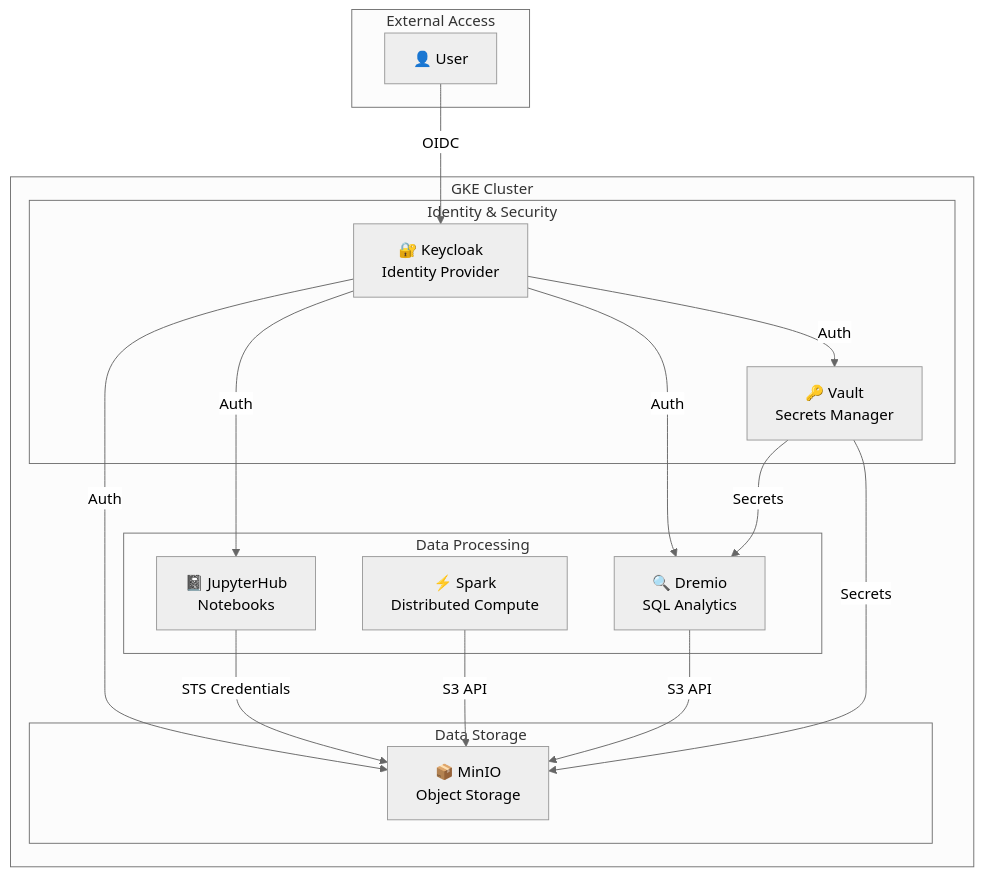
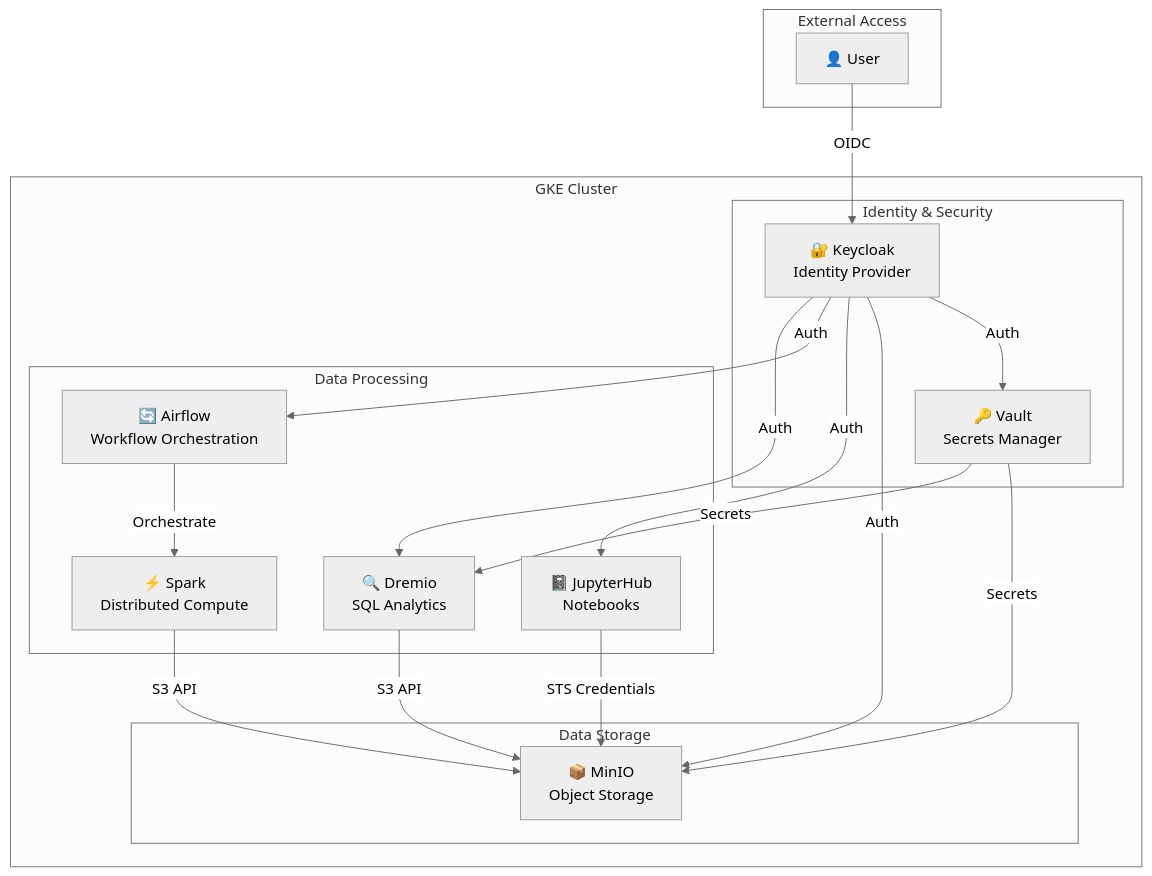
Before and after one commit to rammi-dev/dremio-platform1: the first of 9 diagrams in docs/ARCHITECTURE.md, drawn with Mermaid (neutral theme). The commit also changed 1 other file, not shown here.

Commit message:
Airflow docs

````diff
--- a/docs/ARCHITECTURE.md
+++ b/docs/ARCHITECTURE.md
@@ -7,36 +7,39 @@
 ```mermaid
 graph TB
     subgraph External["External Access"]
         User[👤 User]
     end
     
     subgraph GKE["GKE Cluster"]
         subgraph Identity["Identity & Security"]
             KC[🔐 Keycloak<br/>Identity Provider]
             Vault[🔑 Vault<br/>Secrets Manager]
         end
         
         subgraph Storage["Data Storage"]
             MinIO[📦 MinIO<br/>Object Storage]
         end
         
         subgraph Compute["Data Processing"]
             JH[📓 JupyterHub<br/>Notebooks]
+            AF[🔄 Airflow<br/>Workflow Orchestration]
             Spark[⚡ Spark<br/>Distributed Compute]
             Dremio[🔍 Dremio<br/>SQL Analytics]
         end
     end
     
     User -->|OIDC| KC
     KC -->|Auth| Vault
     KC -->|Auth| MinIO
     KC -->|Auth| JH
+    KC -->|Auth| AF
     KC -->|Auth| Dremio
     
     JH -->|STS Credentials| MinIO
+    AF -->|Orchestrate| Spark
     Spark -->|S3 API| MinIO
     Dremio -->|S3 API| MinIO
     
     Vault -->|Secrets| MinIO
     Vault -->|Secrets| Dremio
 ```
````
